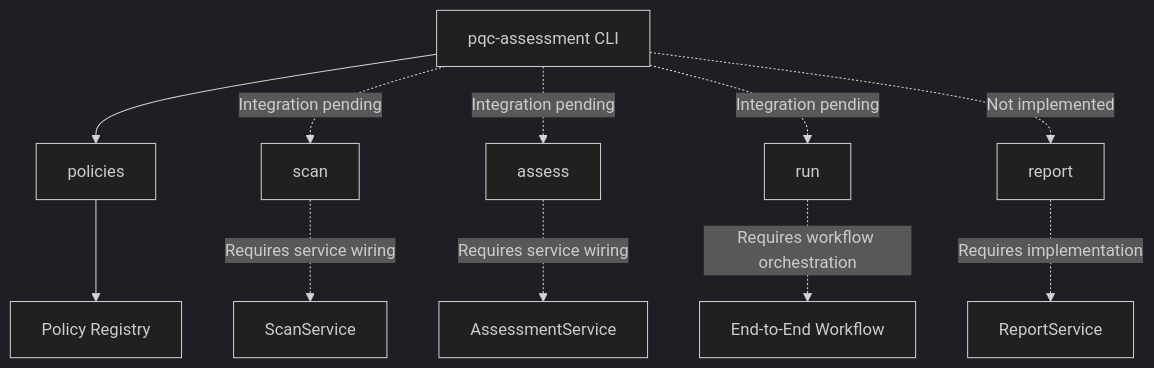
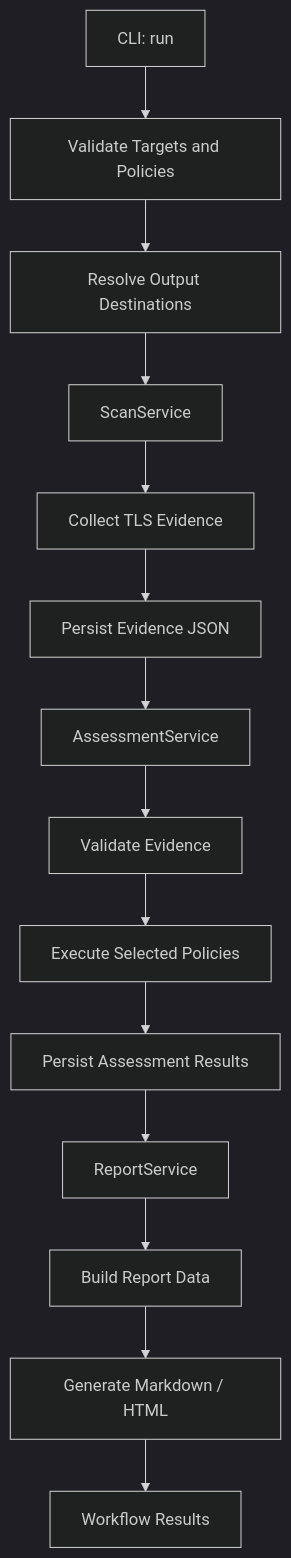
One commit to git-loa/cryptographic-inventory-pqc-risk-assessment changed the fifth of 5 diagrams in docs/architecture.md. Above: the diagram before and after it, drawn with Mermaid (dark theme). The commit also changed other lines of this file and 1 other file, not shown here.

Commit message:
docs: update CLI workflow and application architecture

````diff
--- a/docs/architecture.md
+++ b/docs/architecture.md
@@ -137,16 +151,19 @@
 ```mermaid
 flowchart TD
-    CLI["pqc-assessment CLI"]
+    A["CLI: run"] --> B["Validate Targets and Policies"]
+    B --> C["Resolve Output Destinations"]
 
-    CLI --> Policies["policies"]
-    CLI -. "Integration pending" .-> Scan["scan"]
-    CLI -. "Integration pending" .-> Assess["assess"]
-    CLI -. "Integration pending" .-> Run["run"]
-    CLI -. "Not implemented" .-> Report["report"]
+    C --> D["ScanService"]
+    D --> E["Collect TLS Evidence"]
+    E --> F["Persist Evidence JSON"]
 
-    Policies --> Registry["Policy Registry"]
-    Scan -. "Requires service wiring" .-> ScanService["ScanService"]
-    Assess -. "Requires service wiring" .-> AssessmentService["AssessmentService"]
-    Run -. "Requires workflow orchestration" .-> Workflow["End-to-End Workflow"]
-    Report -. "Requires implementation" .-> ReportService["ReportService"]
+    F --> G["AssessmentService"]
+    G --> H["Validate Evidence"]
+    H --> I["Execute Selected Policies"]
+    I --> J["Persist Assessment Results"]
+
+    J --> K["ReportService"]
+    K --> L["Build Report Data"]
+    L --> M["Generate Markdown / HTML"]
+    M --> N["Workflow Results"]
 ```
````
